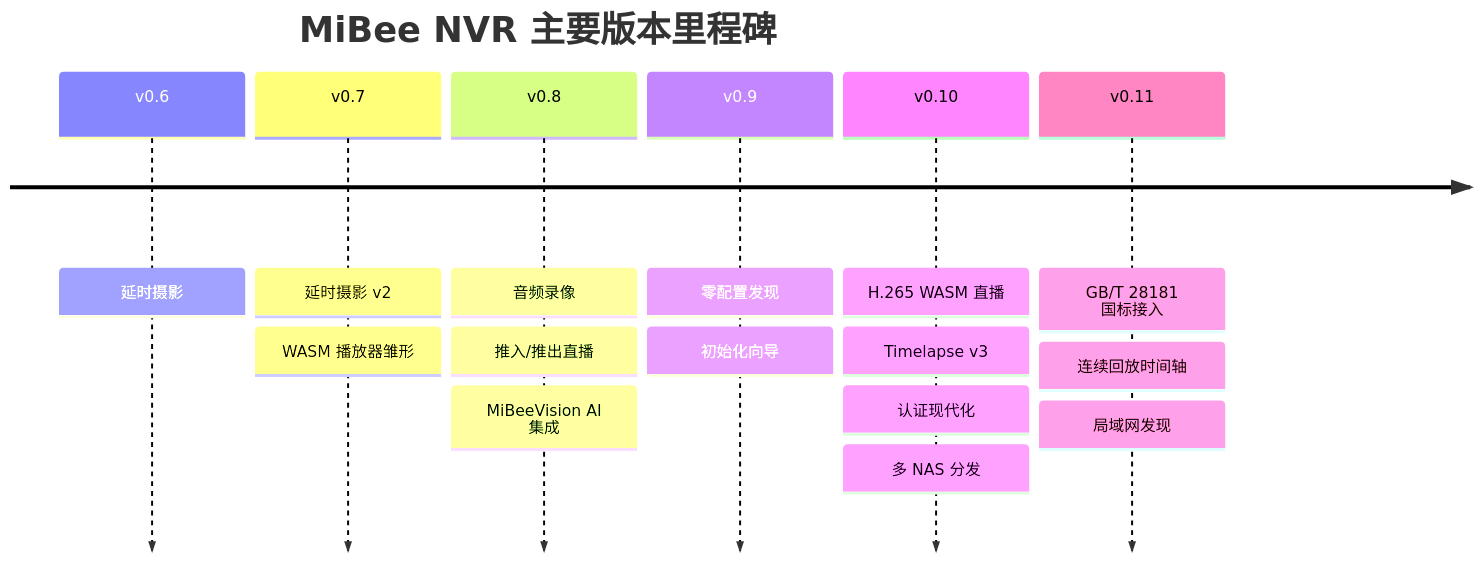
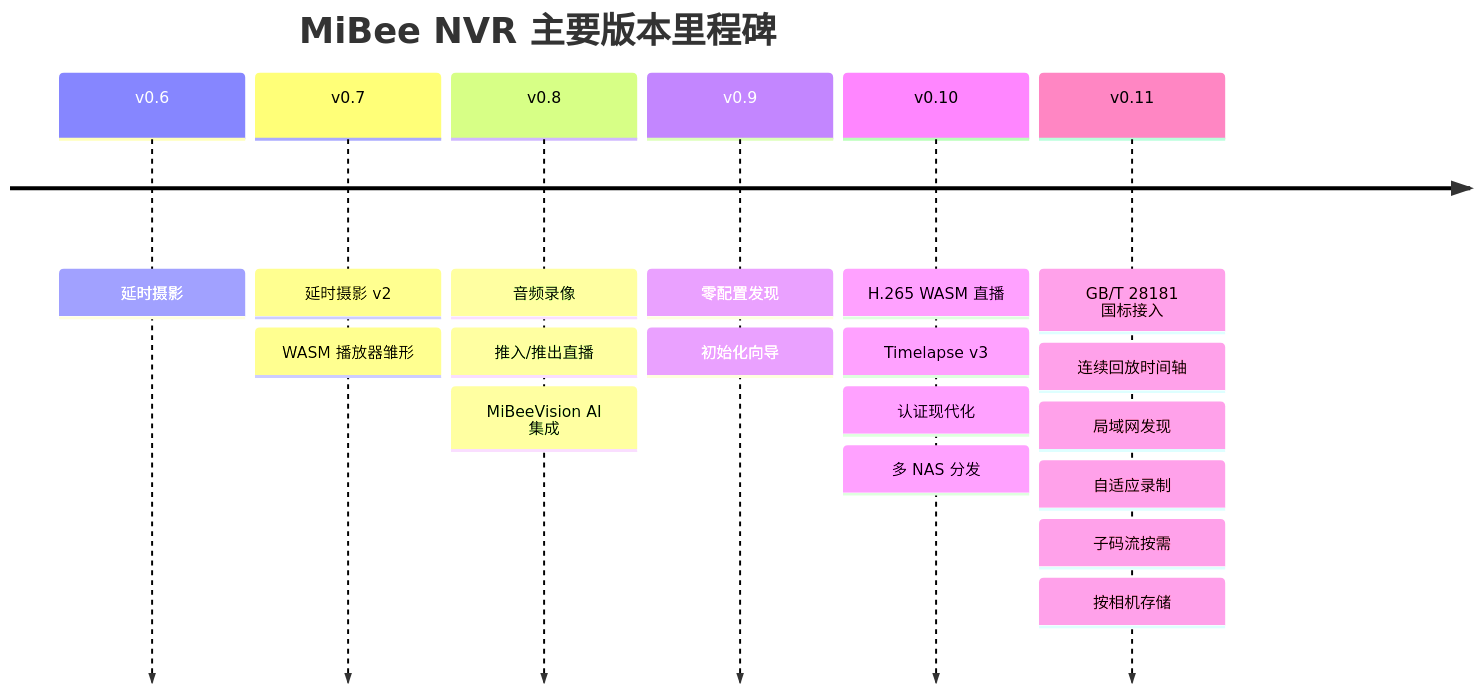
One commit to Mi-Bee-Studio/MiBeeNvr changed the diagram in docs/zh/features.md. Above: the diagram before and after it, drawn with Mermaid. The commit also changed other lines of this file and 105 other files, not shown here.

First line of the commit message:
docs: v0.12.0 手册全面翻新——自适应录像/存储管理/子码流新页 + 截图全量重截脱敏 + TDD 贡献规范 (#652)

````diff
--- a/docs/zh/features.md
+++ b/docs/zh/features.md
@@ -113,10 +120,10 @@
 ```mermaid
 timeline
     title MiBee NVR 主要版本里程碑
     v0.6 : 延时摄影
     v0.7 : 延时摄影 v2 : WASM 播放器雏形
     v0.8 : 音频录像 : 推入/推出直播 : MiBeeVision AI 集成
     v0.9 : 零配置发现 : 初始化向导
     v0.10 : H.265 WASM 直播 : Timelapse v3 : 认证现代化 : 多 NAS 分发
-    v0.11 : GB/T 28181 国标接入 : 连续回放时间轴 : 局域网发现
+    v0.11 : GB/T 28181 国标接入 : 连续回放时间轴 : 局域网发现 : 自适应录制 : 子码流按需 : 按相机存储
 ```
````
